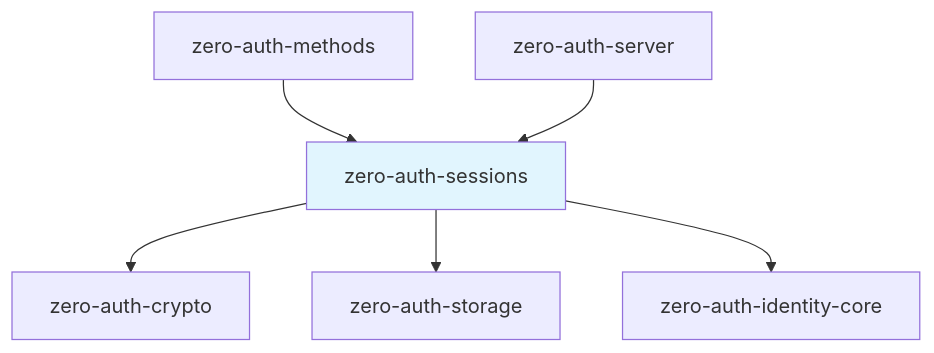
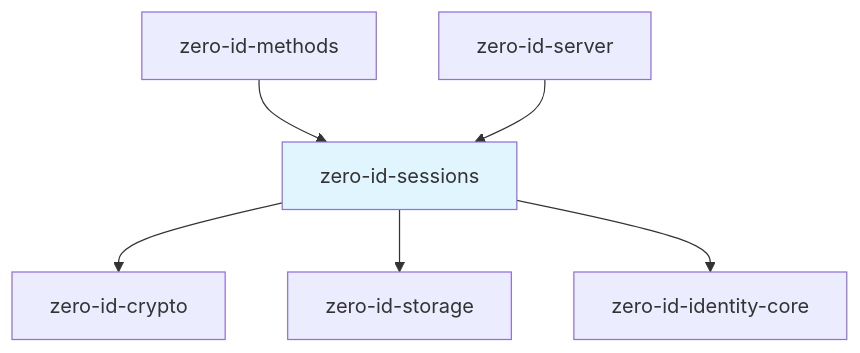
One commit to cypher-asi/zero-auth changed the first of 8 diagrams in docs/spec/v0.1/06-sessions.md. Above: the diagram before and after it, drawn with Mermaid. The commit also changed other lines of this file and 235 other files, not shown here.

Commit message:
refactor: rename zero-auth to zero-id across codebase

````diff
--- a/docs/spec/v0.1/06-sessions.md
+++ b/docs/spec/v0.1/06-sessions.md
@@ -27,16 +27,16 @@
 ```mermaid
 graph TD
-    CRYPTO[zero-auth-crypto]
-    STORAGE[zero-auth-storage]
-    IDENTITY[zero-auth-identity-core]
-    SESSIONS[zero-auth-sessions]
+    CRYPTO[zero-id-crypto]
+    STORAGE[zero-id-storage]
+    IDENTITY[zero-id-identity-core]
+    SESSIONS[zero-id-sessions]
     
     SESSIONS --> CRYPTO
     SESSIONS --> STORAGE
     SESSIONS --> IDENTITY
     
-    METHODS[zero-auth-methods] --> SESSIONS
-    SERVER[zero-auth-server] --> SESSIONS
+    METHODS[zero-id-methods] --> SESSIONS
+    SERVER[zero-id-server] --> SESSIONS
     
     style SESSIONS fill:#e1f5fe
 ```
````
